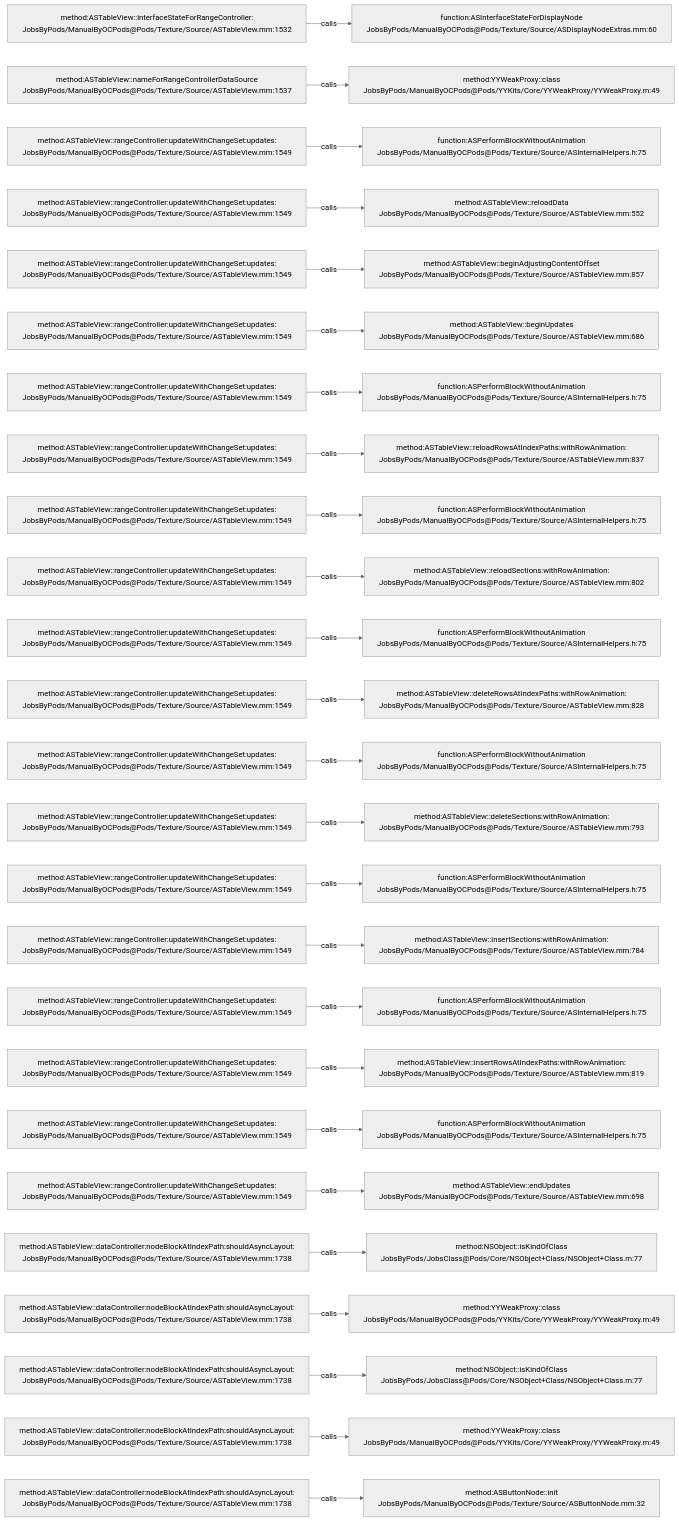
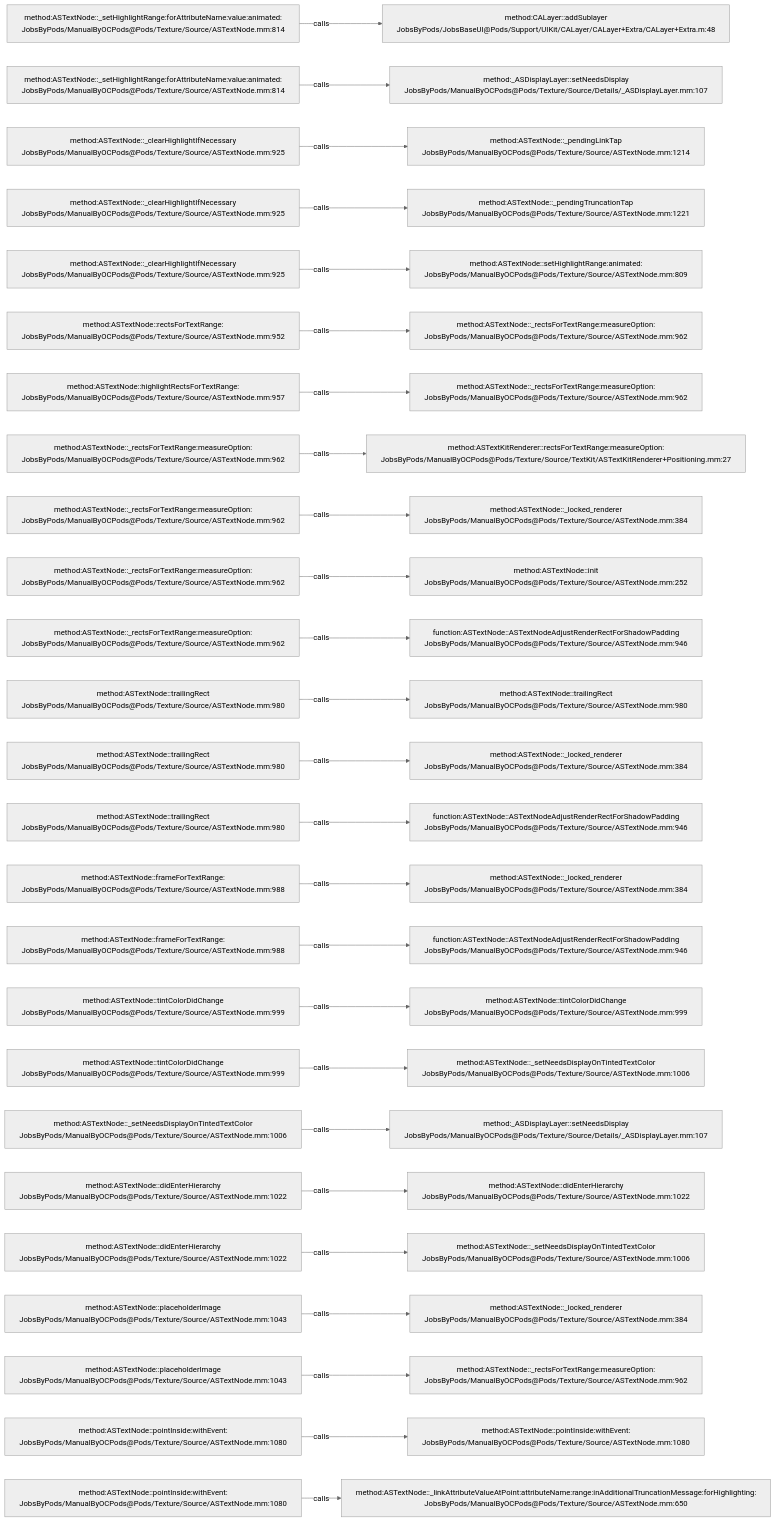
The diagram in .codegraph/codegraph.md/graphs/calls-128.md (JobsKits/JobsOCBaseConfigDemo), drawn with Mermaid (neutral theme) before and after one commit. The commit also changed 1448 other files, not shown here.

````diff
--- a/.codegraph/codegraph.md/graphs/calls-128.md
+++ b/.codegraph/codegraph.md/graphs/calls-128.md
@@ -13,78 +13,78 @@
 ```mermaid
 flowchart LR
-  S1["method:ASTableView::interfaceStateForRangeController:<br/>JobsByPods/ManualByOCPods@Pods/Texture/Source/ASTableView.mm:1532"]
-  T1["function:ASInterfaceStateForDisplayNode<br/>JobsByPods/ManualByOCPods@Pods/Texture/Source/ASDisplayNodeExtras.mm:60"]
+  S1["method:ASTextNode::_setHighlightRange:forAttributeName:value:animated:<br/>JobsByPods/ManualByOCPods@Pods/Texture/Source/ASTextNode.mm:814"]
+  T1["method:CALayer::addSublayer<br/>JobsByPods/JobsBaseUI@Pods/Support/UIKit/CALayer/CALayer+Extra/CALayer+Extra.m:48"]
   S1 -->|calls| T1
-  S2["method:ASTableView::nameForRangeControllerDataSource<br/>JobsByPods/ManualByOCPods@Pods/Texture/Source/ASTableView.mm:1537"]
-  T2["method:YYWeakProxy::class<br/>JobsByPods/ManualByOCPods@Pods/YYKits/Core/YYWeakProxy/YYWeakProxy.m:49"]
+  S2["method:ASTextNode::_setHighlightRange:forAttributeName:value:animated:<br/>JobsByPods/ManualByOCPods@Pods/Texture/Source/ASTextNode.mm:814"]
+  T2["method:_ASDisplayLayer::setNeedsDisplay<br/>JobsByPods/ManualByOCPods@Pods/Texture/Source/Details/_ASDisplayLayer.mm:107"]
   S2 -->|calls| T2
-  S3["method:ASTableView::rangeController:updateWithChangeSet:updates:<br/>JobsByPods/ManualByOCPods@Pods/Texture/Source/ASTableView.mm:1549"]
-  T3["function:ASPerformBlockWithoutAnimation<br/>JobsByPods/ManualByOCPods@Pods/Texture/Source/ASInternalHelpers.h:75"]
+  S3["method:ASTextNode::_clearHighlightIfNecessary<br/>JobsByPods/ManualByOCPods@Pods/Texture/Source/ASTextNode.mm:925"]
+  T3["method:ASTextNode::_pendingLinkTap<br/>JobsByPods/ManualByOCPods@Pods/Texture/Source/ASTextNode.mm:1214"]
   S3 -->|calls| T3
-  S4["method:ASTableView::rangeController:updateWithChangeSet:updates:<br/>JobsByPods/ManualByOCPods@Pods/Texture/Source/ASTableView.mm:1549"]
-  T4["method:ASTableView::reloadData<br/>JobsByPods/ManualByOCPods@Pods/Texture/Source/ASTableView.mm:552"]
+  S4["method:ASTextNode::_clearHighlightIfNecessary<br/>JobsByPods/ManualByOCPods@Pods/Texture/Source/ASTextNode.mm:925"]
+  T4["method:ASTextNode::_pendingTruncationTap<br/>JobsByPods/ManualByOCPods@Pods/Texture/Source/ASTextNode.mm:1221"]
   S4 -->|calls| T4
-  S5["method:ASTableView::rangeController:updateWithChangeSet:updates:<br/>JobsByPods/ManualByOCPods@Pods/Texture/Source/ASTableView.mm:1549"]
-  T5["method:ASTableView::beginAdjustingContentOffset<br/>JobsByPods/ManualByOCPods@Pods/Texture/Source/ASTableView.mm:857"]
+  S5["method:ASTextNode::_clearHighlightIfNecessary<br/>JobsByPods/ManualByOCPods@Pods/Texture/Source/ASTextNode.mm:925"]
+  T5["method:ASTextNode::setHighlightRange:animated:<br/>JobsByPods/ManualByOCPods@Pods/Texture/Source/ASTextNode.mm:809"]
   S5 -->|calls| T5
-  S6["method:ASTableView::rangeController:updateWithChangeSet:updates:<br/>JobsByPods/ManualByOCPods@Pods/Texture/Source/ASTableView.mm:1549"]
-  T6["method:ASTableView::beginUpdates<br/>JobsByPods/ManualByOCPods@Pods/Texture/Source/ASTableView.mm:686"]
+  S6["method:ASTextNode::rectsForTextRange:<br/>JobsByPods/ManualByOCPods@Pods/Texture/Source/ASTextNode.mm:952"]
+  T6["method:ASTextNode::_rectsForTextRange:measureOption:<br/>JobsByPods/ManualByOCPods@Pods/Texture/Source/ASTextNode.mm:962"]
   S6 -->|calls| T6
-  S7["method:ASTableView::rangeController:updateWithChangeSet:updates:<br/>JobsByPods/ManualByOCPods@Pods/Texture/Source/ASTableView.mm:1549"]
-  T7["function:ASPerformBlockWithoutAnimation<br/>JobsByPods/ManualByOCPods@Pods/Texture/Source/ASInternalHelpers.h:75"]
+  S7["method:ASTextNode::highlightRectsForTextRange:<br/>JobsByPods/ManualByOCPods@Pods/Texture/Source/ASTextNode.mm:957"]
+  T7["method:ASTextNode::_rectsForTextRange:measureOption:<br/>JobsByPods/ManualByOCPods@Pods/Texture/Source/ASTextNode.mm:962"]
   S7 -->|calls| T7
-  S8["method:ASTableView::rangeController:updateWithChangeSet:updates:<br/>JobsByPods/ManualByOCPods@Pods/Texture/Source/ASTableView.mm:1549"]
-  T8["method:ASTableView::reloadRowsAtIndexPaths:withRowAnimation:<br/>JobsByPods/ManualByOCPods@Pods/Texture/Source/ASTableView.mm:837"]
+  S8["method:ASTextNode::_rectsForTextRange:measureOption:<br/>JobsByPods/ManualByOCPods@Pods/Texture/Source/ASTextNode.mm:962"]
+  T8["method:ASTextKitRenderer::rectsForTextRange:measureOption:<br/>JobsByPods/ManualByOCPods@Pods/Texture/Source/TextKit/ASTextKitRenderer+Positioning.mm:27"]
   S8 -->|calls| T8
-  S9["method:ASTableView::rangeController:updateWithChangeSet:updates:<br/>JobsByPods/ManualByOCPods@Pods/Texture/Source/ASTableView.mm:1549"]
-  T9["function:ASPerformBlockWithoutAnimation<br/>JobsByPods/ManualByOCPods@Pods/Texture/Source/ASInternalHelpers.h:75"]
+  S9["method:ASTextNode::_rectsForTextRange:measureOption:<br/>JobsByPods/ManualByOCPods@Pods/Texture/Source/ASTextNode.mm:962"]
+  T9["method:ASTextNode::_locked_renderer<br/>JobsByPods/ManualByOCPods@Pods/Texture/Source/ASTextNode.mm:384"]
   S9 -->|calls| T9
-  S10["method:ASTableView::rangeController:updateWithChangeSet:updates:<br/>JobsByPods/ManualByOCPods@Pods/Texture/Source/ASTableView.mm:1549"]
-  T10["method:ASTableView::reloadSections:withRowAnimation:<br/>JobsByPods/ManualByOCPods@Pods/Texture/Source/ASTableView.mm:802"]
+  S10["method:ASTextNode::_rectsForTextRange:measureOption:<br/>JobsByPods/ManualByOCPods@Pods/Texture/Source/ASTextNode.mm:962"]
+  T10["method:ASTextNode::init<br/>JobsByPods/ManualByOCPods@Pods/Texture/Source/ASTextNode.mm:252"]
   S10 -->|calls| T10
-  S11["method:ASTableView::rangeController:updateWithChangeSet:updates:<br/>JobsByPods/ManualByOCPods@Pods/Texture/Source/ASTableView.mm:1549"]
-  T11["function:ASPerformBlockWithoutAnimation<br/>JobsByPods/ManualByOCPods@Pods/Texture/Source/ASInternalHelpers.h:75"]
+  S11["method:ASTextNode::_rectsForTextRange:measureOption:<br/>JobsByPods/ManualByOCPods@Pods/Texture/Source/ASTextNode.mm:962"]
+  T11["function:ASTextNode::ASTextNodeAdjustRenderRectForShadowPadding<br/>JobsByPods/ManualByOCPods@Pods/Texture/Source/ASTextNode.mm:946"]
   S11 -->|calls| T11
-  S12["method:ASTableView::rangeController:updateWithChangeSet:updates:<br/>JobsByPods/ManualByOCPods@Pods/Texture/Source/ASTableView.mm:1549"]
-  T12["method:ASTableView::deleteRowsAtIndexPaths:withRowAnimation:<br/>JobsByPods/ManualByOCPods@Pods/Texture/Source/ASTableView.mm:828"]
+  S12["method:ASTextNode::trailingRect<br/>JobsByPods/ManualByOCPods@Pods/Texture/Source/ASTextNode.mm:980"]
+  T12["method:ASTextNode::trailingRect<br/>JobsByPods/ManualByOCPods@Pods/Texture/Source/ASTextNode.mm:980"]
   S12 -->|calls| T12
-  S13["method:ASTableView::rangeController:updateWithChangeSet:updates:<br/>JobsByPods/ManualByOCPods@Pods/Texture/Source/ASTableView.mm:1549"]
-  T13["function:ASPerformBlockWithoutAnimation<br/>JobsByPods/ManualByOCPods@Pods/Texture/Source/ASInternalHelpers.h:75"]
+  S13["method:ASTextNode::trailingRect<br/>JobsByPods/ManualByOCPods@Pods/Texture/Source/ASTextNode.mm:980"]
+  T13["method:ASTextNode::_locked_renderer<br/>JobsByPods/ManualByOCPods@Pods/Texture/Source/ASTextNode.mm:384"]
   S13 -->|calls| T13
-  S14["method:ASTableView::rangeController:updateWithChangeSet:updates:<br/>JobsByPods/ManualByOCPods@Pods/Texture/Source/ASTableView.mm:1549"]
-  T14["method:ASTableView::deleteSections:withRowAnimation:<br/>JobsByPods/ManualByOCPods@Pods/Texture/Source/ASTableView.mm:793"]
+  S14["method:ASTextNode::trailingRect<br/>JobsByPods/ManualByOCPods@Pods/Texture/Source/ASTextNode.mm:980"]
+  T14["function:ASTextNode::ASTextNodeAdjustRenderRectForShadowPadding<br/>JobsByPods/ManualByOCPods@Pods/Texture/Source/ASTextNode.mm:946"]
   S14 -->|calls| T14
-  S15["method:ASTableView::rangeController:updateWithChangeSet:updates:<br/>JobsByPods/ManualByOCPods@Pods/Texture/Source/ASTableView.mm:1549"]
-  T15["function:ASPerformBlockWithoutAnimation<br/>JobsByPods/ManualByOCPods@Pods/Texture/Source/ASInternalHelpers.h:75"]
+  S15["method:ASTextNode::frameForTextRange:<br/>JobsByPods/ManualByOCPods@Pods/Texture/Source/ASTextNode.mm:988"]
+  T15["method:ASTextNode::_locked_renderer<br/>JobsByPods/ManualByOCPods@Pods/Texture/Source/ASTextNode.mm:384"]
   S15 -->|calls| T15
-  S16["method:ASTableView::rangeController:updateWithChangeSet:updates:<br/>JobsByPods/ManualByOCPods@Pods/Texture/Source/ASTableView.mm:1549"]
-  T16["method:ASTableView::insertSections:withRowAnimation:<br/>JobsByPods/ManualByOCPods@Pods/Texture/Source/ASTableView.mm:784"]
+  S16["method:ASTextNode::frameForTextRange:<br/>JobsByPods/ManualByOCPods@Pods/Texture/Source/ASTextNode.mm:988"]
+  T16["function:ASTextNode::ASTextNodeAdjustRenderRectForShadowPadding<br/>JobsByPods/ManualByOCPods@Pods/Texture/Source/ASTextNode.mm:946"]
   S16 -->|calls| T16
-  S17["method:ASTableView::rangeController:updateWithChangeSet:updates:<br/>JobsByPods/ManualByOCPods@Pods/Texture/Source/ASTableView.mm:1549"]
-  T17["function:ASPerformBlockWithoutAnimation<br/>JobsByPods/ManualByOCPods@Pods/Texture/Source/ASInternalHelpers.h:75"]
+  S17["method:ASTextNode::tintColorDidChange<br/>JobsByPods/ManualByOCPods@Pods/Texture/Source/ASTextNode.mm:999"]
+  T17["method:ASTextNode::tintColorDidChange<br/>JobsByPods/ManualByOCPods@Pods/Texture/Source/ASTextNode.mm:999"]
   S17 -->|calls| T17
-  S18["method:ASTableView::rangeController:updateWithChangeSet:updates:<br/>JobsByPods/ManualByOCPods@Pods/Texture/Source/ASTableView.mm:1549"]
-  T18["method:ASTableView::insertRowsAtIndexPaths:withRowAnimation:<br/>JobsByPods/ManualByOCPods@Pods/Texture/Source/ASTableView.mm:819"]
+  S18["method:ASTextNode::tintColorDidChange<br/>JobsByPods/ManualByOCPods@Pods/Texture/Source/ASTextNode.mm:999"]
+  T18["method:ASTextNode::_setNeedsDisplayOnTintedTextColor<br/>JobsByPods/ManualByOCPods@Pods/Texture/Source/ASTextNode.mm:1006"]
   S18 -->|calls| T18
-  S19["method:ASTableView::rangeController:updateWithChangeSet:updates:<br/>JobsByPods/ManualByOCPods@Pods/Texture/Source/ASTableView.mm:1549"]
-  T19["function:ASPerformBlockWithoutAnimation<br/>JobsByPods/ManualByOCPods@Pods/Texture/Source/ASInternalHelpers.h:75"]
+  S19["method:ASTextNode::_setNeedsDisplayOnTintedTextColor<br/>JobsByPods/ManualByOCPods@Pods/Texture/Source/ASTextNode.mm:1006"]
+  T19["method:_ASDisplayLayer::setNeedsDisplay<br/>JobsByPods/ManualByOCPods@Pods/Texture/Source/Details/_ASDisplayLayer.mm:107"]
   S19 -->|calls| T19
-  S20["method:ASTableView::rangeController:updateWithChangeSet:updates:<br/>JobsByPods/ManualByOCPods@Pods/Texture/Source/ASTableView.mm:1549"]
-  T20["method:ASTableView::endUpdates<br/>JobsByPods/ManualByOCPods@Pods/Texture/Source/ASTableView.mm:698"]
+  S20["method:ASTextNode::didEnterHierarchy<br/>JobsByPods/ManualByOCPods@Pods/Texture/Source/ASTextNode.mm:1022"]
+  T20["method:ASTextNode::didEnterHierarchy<br/>JobsByPods/ManualByOCPods@Pods/Texture/Source/ASTextNode.mm:1022"]
   S20 -->|calls| T20
-  S21["method:ASTableView::dataController:nodeBlockAtIndexPath:shouldAsyncLayout:<br/>JobsByPods/ManualByOCPods@Pods/Texture/Source/ASTableView.mm:1738"]
-  T21["method:NSObject::isKindOfClass<br/>JobsByPods/JobsClass@Pods/Core/NSObject+Class/NSObject+Class.m:77"]
+  S21["method:ASTextNode::didEnterHierarchy<br/>JobsByPods/ManualByOCPods@Pods/Texture/Source/ASTextNode.mm:1022"]
+  T21["method:ASTextNode::_setNeedsDisplayOnTintedTextColor<br/>JobsByPods/ManualByOCPods@Pods/Texture/Source/ASTextNode.mm:1006"]
   S21 -->|calls| T21
-  S22["method:ASTableView::dataController:nodeBlockAtIndexPath:shouldAsyncLayout:<br/>JobsByPods/ManualByOCPods@Pods/Texture/Source/ASTableView.mm:1738"]
-  T22["method:YYWeakProxy::class<br/>JobsByPods/ManualByOCPods@Pods/YYKits/Core/YYWeakProxy/YYWeakProxy.m:49"]
+  S22["method:ASTextNode::placeholderImage<br/>JobsByPods/ManualByOCPods@Pods/Texture/Source/ASTextNode.mm:1043"]
+  T22["method:ASTextNode::_locked_renderer<br/>JobsByPods/ManualByOCPods@Pods/Texture/Source/ASTextNode.mm:384"]
   S22 -->|calls| T22
-  S23["method:ASTableView::dataController:nodeBlockAtIndexPath:shouldAsyncLayout:<br/>JobsByPods/ManualByOCPods@Pods/Texture/Source/ASTableView.mm:1738"]
-  T23["method:NSObject::isKindOfClass<br/>JobsByPods/JobsClass@Pods/Core/NSObject+Class/NSObject+Class.m:77"]
+  S23["method:ASTextNode::placeholderImage<br/>JobsByPods/ManualByOCPods@Pods/Texture/Source/ASTextNode.mm:1043"]
+  T23["method:ASTextNode::_rectsForTextRange:measureOption:<br/>JobsByPods/ManualByOCPods@Pods/Texture/Source/ASTextNode.mm:962"]
   S23 -->|calls| T23
-  S24["method:ASTableView::dataController:nodeBlockAtIndexPath:shouldAsyncLayout:<br/>JobsByPods/ManualByOCPods@Pods/Texture/Source/ASTableView.mm:1738"]
-  T24["method:YYWeakProxy::class<br/>JobsByPods/ManualByOCPods@Pods/YYKits/Core/YYWeakProxy/YYWeakProxy.m:49"]
+  S24["method:ASTextNode::pointInside:withEvent:<br/>JobsByPods/ManualByOCPods@Pods/Texture/Source/ASTextNode.mm:1080"]
+  T24["method:ASTextNode::pointInside:withEvent:<br/>JobsByPods/ManualByOCPods@Pods/Texture/Source/ASTextNode.mm:1080"]
   S24 -->|calls| T24
-  S25["method:ASTableView::dataController:nodeBlockAtIndexPath:shouldAsyncLayout:<br/>JobsByPods/ManualByOCPods@Pods/Texture/Source/ASTableView.mm:1738"]
-  T25["method:ASButtonNode::init<br/>JobsByPods/ManualByOCPods@Pods/Texture/Source/ASButtonNode.mm:32"]
+  S25["method:ASTextNode::pointInside:withEvent:<br/>JobsByPods/ManualByOCPods@Pods/Texture/Source/ASTextNode.mm:1080"]
+  T25["method:ASTextNode::_linkAttributeValueAtPoint:attributeName:range:inAdditionalTruncationMessage:forHighlighting:<br/>JobsByPods/ManualByOCPods@Pods/Texture/Source/ASTextNode.mm:650"]
   S25 -->|calls| T25
 ```
````
